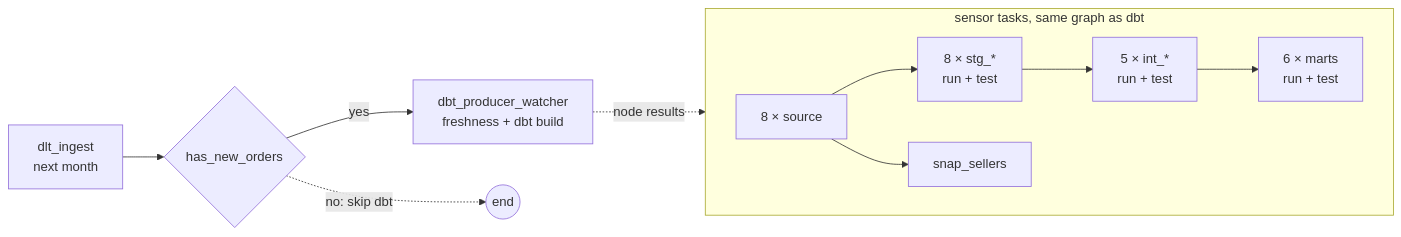
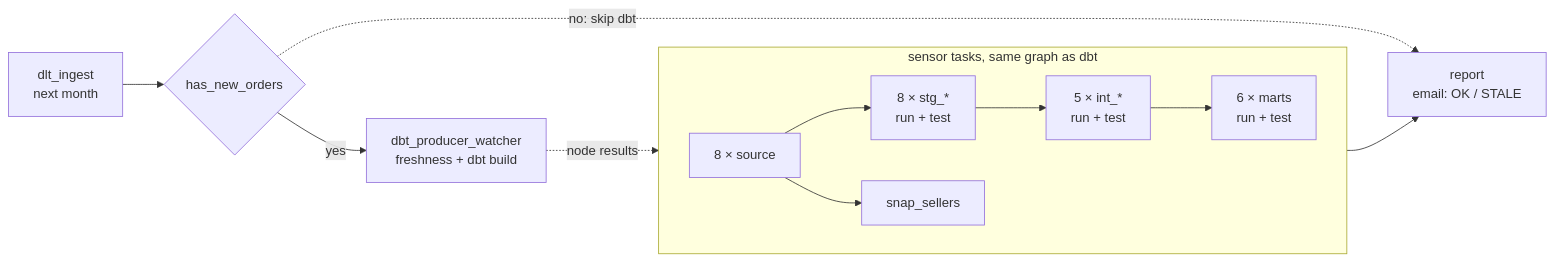
Before and after one commit to ShuCiG/olist-analytics-dbt: the fourth of 4 diagrams in README.md, drawn with Mermaid. The commit also changed other lines of this file and 20 other files, not shown here.

First line of the commit message:
feat(airflow): email alerts for failed, fresh and stale runs (PR 7.2)

````diff
--- a/README.md
+++ b/README.md
@@ -268,12 +268,13 @@
 ```mermaid
 flowchart LR
     ingest[dlt_ingest<br/>next month] --> gate{has_new_orders}
     gate -- yes --> producer[dbt_producer_watcher<br/>freshness + dbt build]
-    gate -. no: skip dbt .-> done((end))
+    gate -. no: skip dbt .-> report
     producer -. node results .-> sensors
+    sensors --> report[report<br/>email: OK / STALE]
     subgraph sensors[sensor tasks, same graph as dbt]
         direction LR
         src[8 × source] --> stg[8 × stg_*<br/>run + test] --> int[5 × int_*<br/>run + test] --> marts[6 × marts<br/>run + test]
         src --> snap[snap_sellers]
     end
 ```
````
